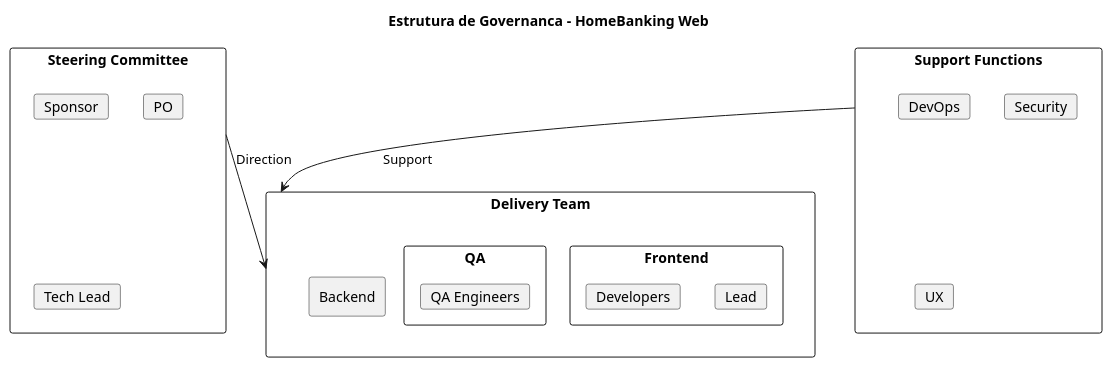
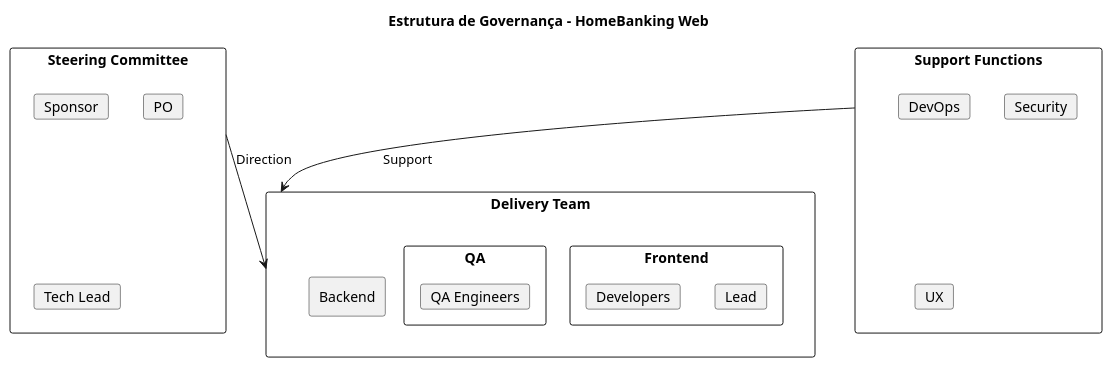
Before and after one commit to beduardo/novobanco_website_doc: the first of 6 diagrams in current/definitions/DEF-15-governacao-roadmap.md, drawn with PlantUML. The commit also changed other lines of this file and 182 other files, not shown here.

````diff
--- a/current/definitions/DEF-15-governacao-roadmap.md
+++ b/current/definitions/DEF-15-governacao-roadmap.md
@@ -34,38 +34,38 @@
 ```plantuml
 @startuml
 skinparam backgroundColor white
 
-title Estrutura de Governanca - HomeBanking Web
+title Estrutura de Governança - HomeBanking Web
 
 rectangle "Steering Committee" as steering {
     card "Sponsor"
     card "PO"
     card "Tech Lead"
 }
 
 rectangle "Delivery Team" as delivery {
     rectangle "Frontend" as fe {
         card "Lead"
         card "Developers"
     }
     rectangle "Backend" as be {
         card "Lead"
         card "Developers"
     }
     rectangle "QA" as qa {
         card "Lead"
         card "QA Engineers"
     }
 }
 
 rectangle "Support Functions" as support {
     card "DevOps"
     card "Security"
     card "UX"
 }
 
 steering --> delivery : Direction
 support --> delivery : Support
 
 @enduml
 ```
````
